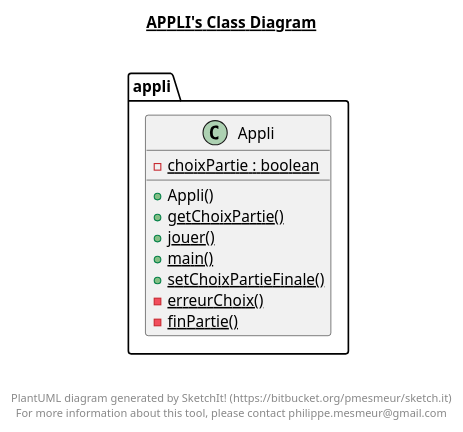
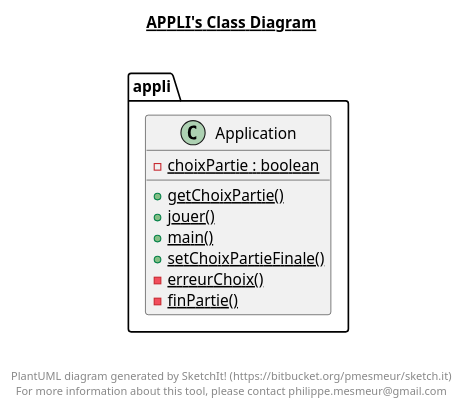
Before and after one commit to SofZOO/chess: the diagram in out/production/chess/appli/appli.plantuml, drawn with PlantUML. The commit also changed 16 other files, not shown here.

```diff
--- a/out/production/chess/appli/appli.plantuml
+++ b/out/production/chess/appli/appli.plantuml
@@ -1,28 +1,27 @@
 @startuml
 
 title __APPLI's Class Diagram__\n
 
   namespace appli {
-    class appli.Appli {
+    class appli.Application {
         {static} - choixPartie : boolean
-        + Appli()
         {static} + getChoixPartie()
         {static} + jouer()
         {static} + main()
         {static} + setChoixPartieFinale()
         {static} - erreurChoix()
         {static} - finPartie()
     }
   }
   
 
 
 
 right footer
 
 
 PlantUML diagram generated by SketchIt! (https://bitbucket.org/pmesmeur/sketch.it)
 For more information about this tool, please contact philippe.mesmeur@gmail.com
 endfooter
 
 @enduml
```
